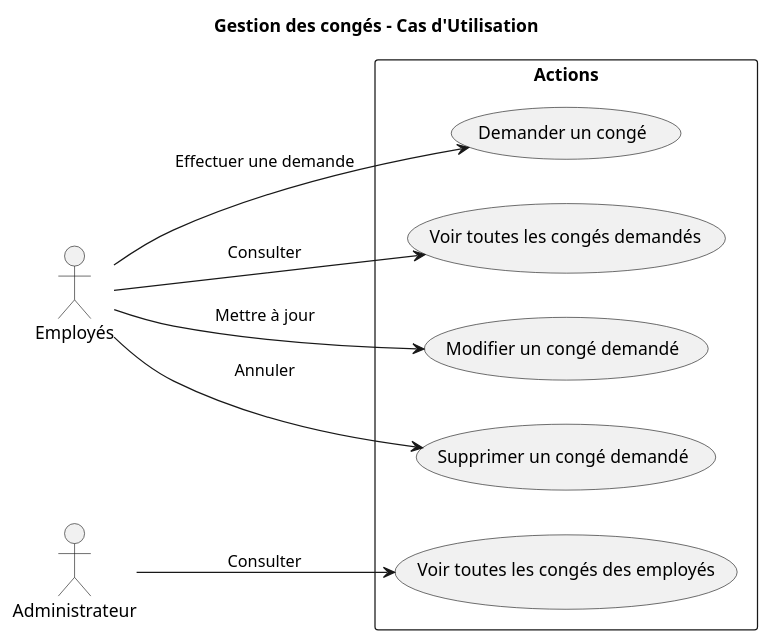
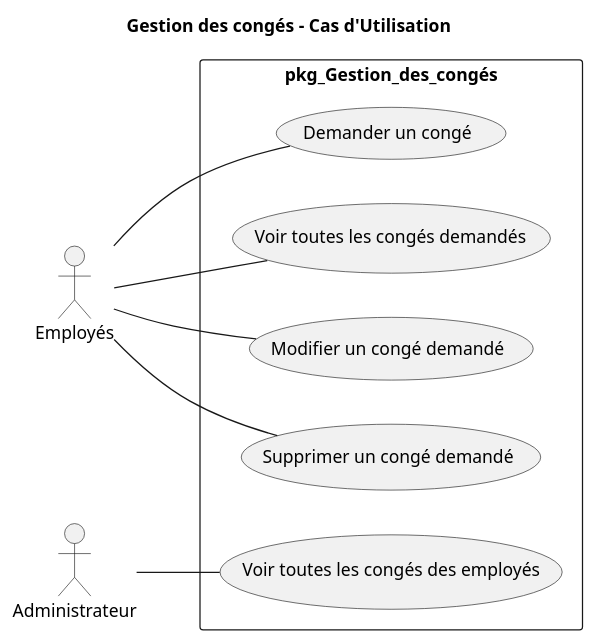
Before and after one commit to MohamedMezziane/Gestion-des-cong-s: the diagram in Branche_fonctionnelle/Use Case/cas dutilisation.plantuml, drawn with PlantUML. The commit also changed 6 other files, not shown here.

```diff
--- a/Branche_fonctionnelle/Use Case/cas dutilisation.plantuml
+++ b/Branche_fonctionnelle/Use Case/cas dutilisation.plantuml
@@ -1,24 +1,24 @@
 @startuml
 title Gestion des congés - Cas d'Utilisation
 left to right direction
 actor Employés as U
 actor Administrateur as A
 
-rectangle "Actions" {
+rectangle "pkg_Gestion_des_congés" {
     usecase UC1 as "Demander un congé"
     usecase UC2 as "Voir toutes les congés demandés"
     usecase UC3 as "Modifier un congé demandé"
     usecase UC4 as "Supprimer un congé demandé"
     
     usecase UC5 as "Voir toutes les congés des employés"
 
 }
 
-U --> UC1 : "Effectuer une demande"
-U --> UC2 : "Consulter"
-U --> UC3 : "Mettre à jour"
-U --> UC4 : "Annuler"
+U -- UC1 : ""
+U -- UC2 : ""
+U -- UC3 : ""
+U -- UC4 : ""
 
-A --> UC5 : "Consulter"
+A -- UC5 : ""
 
 @enduml
```
